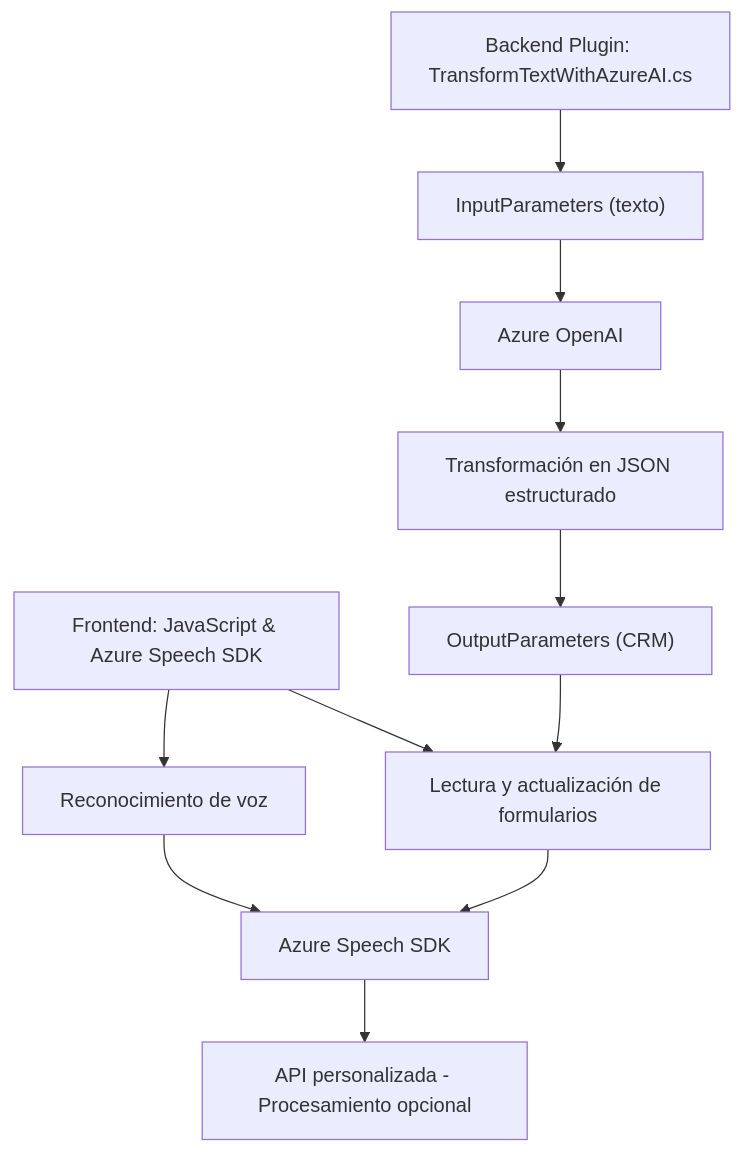
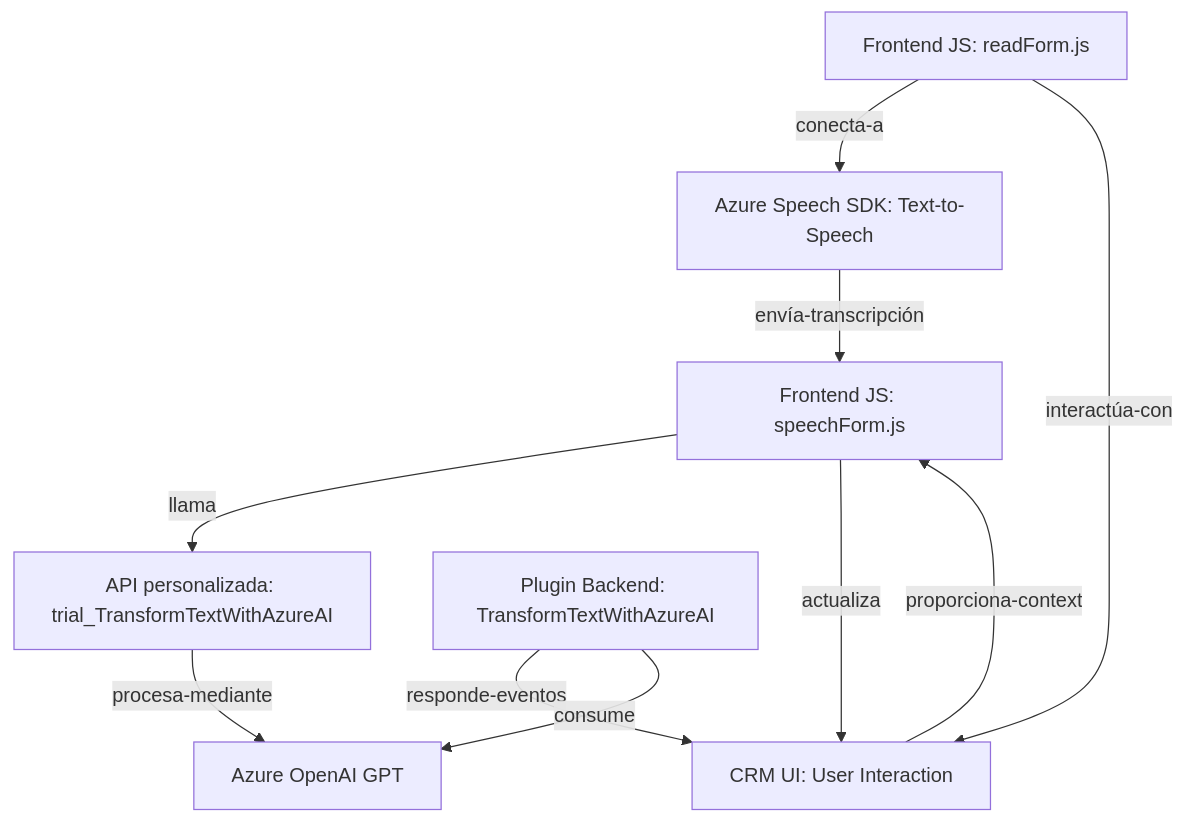
Before and after one commit to blopezdm/NETCORE_BILBAO2025: the diagram in README.md, drawn with Mermaid. The commit also changed other lines of this file, not shown here.

Commit message:
Actualizar análisis global de la solución con IA

````diff
--- a/README.md
+++ b/README.md
@@ -44,13 +33,12 @@
 ```mermaid
 graph TD
-    A["Frontend: JavaScript & Azure Speech SDK"] --> B["Reconocimiento de voz"]
-    A --> C["Lectura y actualización de formularios"]
-    B --> D["Azure Speech SDK"]
-    C --> D
-    D --> E["API personalizada - Procesamiento opcional"]
-    F["Backend Plugin: TransformTextWithAzureAI.cs"] --> G["InputParameters (texto)"]
-    G --> H["Azure OpenAI"]
-    H --> I["Transformación en JSON estructurado"]
-    I --> J["OutputParameters (CRM)"]
-    J --> C
+    A["Frontend JS: readForm.js"] --conecta-a--> B["Azure Speech SDK: Text-to-Speech"]
+    A --interactúa-con--> C["CRM UI: User Interaction"]
+    C --proporciona-contexto--> D["Frontend JS: speechForm.js"]
+    B --envía-transcripción--> D
+    D --llama--> E["API personalizada: trial_TransformTextWithAzureAI"]
+    E --procesa-mediante--> F["Azure OpenAI GPT"]
+    D --actualiza--> C
+    G["Plugin Backend: TransformTextWithAzureAI"] --responde-eventos--> C
+    G --consume--> F
 ```
````
